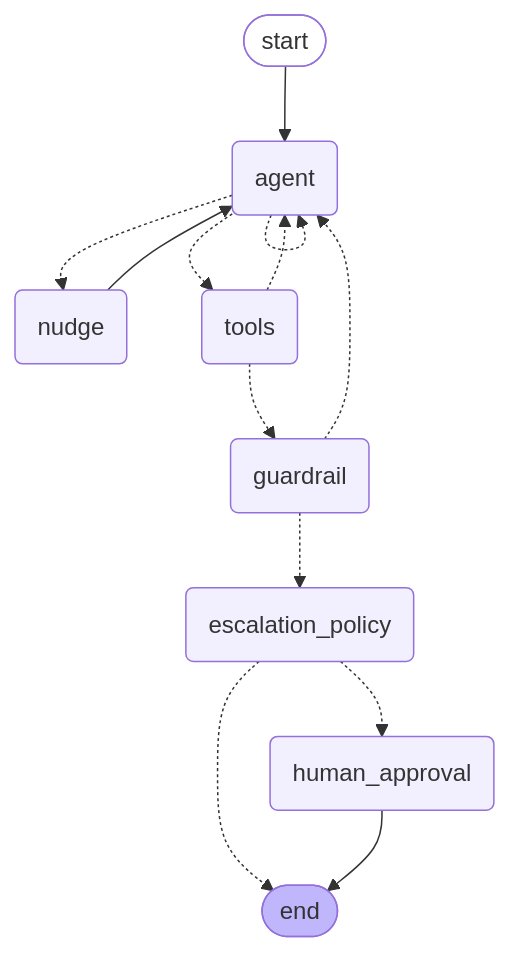
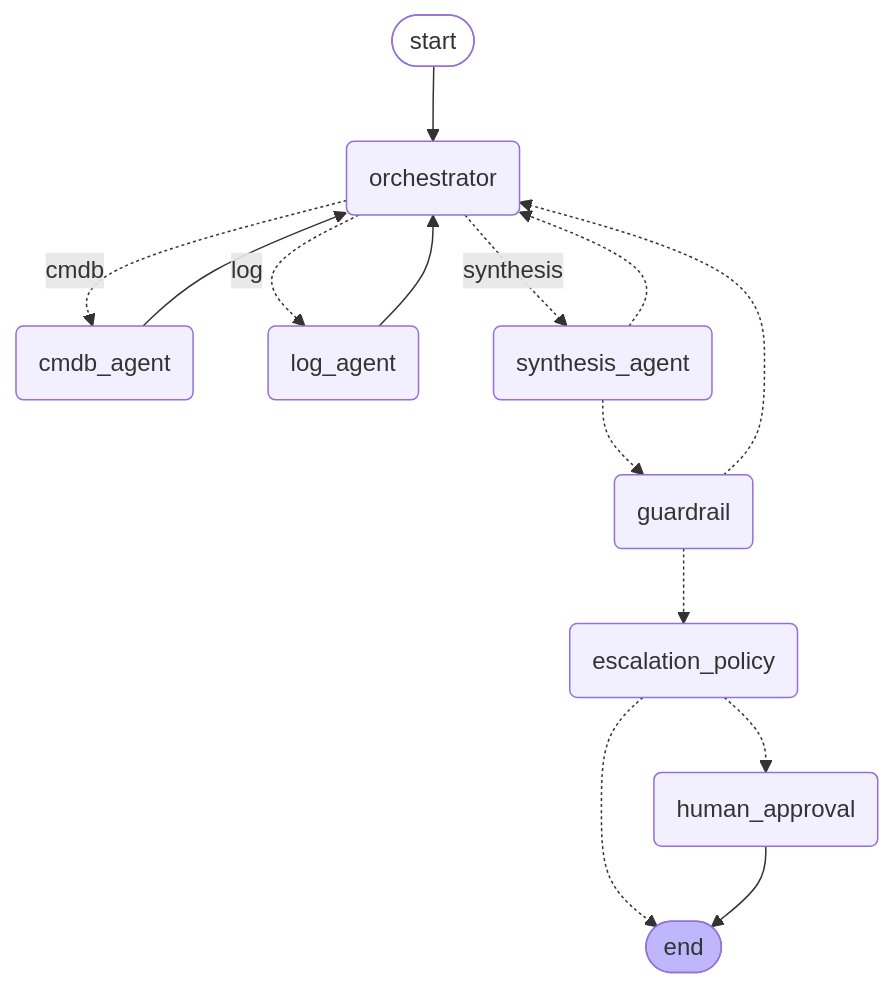
Before and after one commit to biabordos/Rootly: the diagram in README.md, drawn with Mermaid. The commit also changed other lines of this file and 15 other files, not shown here.

First line of the commit message:
feat: multi-agent architecture (orchestrator + CMDB/log/synthesis specialists)

````diff
--- a/README.md
+++ b/README.md
@@ -415,26 +434,28 @@
 ```mermaid
 graph TD;
 	__start__([start]):::first
-	agent(agent)
-	nudge(nudge)
-	tools(tools)
+	orchestrator(orchestrator)
+	cmdb_agent(cmdb_agent)
+	log_agent(log_agent)
+	synthesis_agent(synthesis_agent)
 	guardrail(guardrail)
 	escalation_policy(escalation_policy)
 	human_approval(human_approval)
 	__end__([end]):::last
-	__start__ --> agent;
-	agent -.-> nudge;
-	agent -.-> tools;
+	__start__ --> orchestrator;
+	orchestrator -. cmdb .-> cmdb_agent;
+	orchestrator -. log .-> log_agent;
+	orchestrator -. synthesis .-> synthesis_agent;
+	cmdb_agent --> orchestrator;
+	log_agent --> orchestrator;
+	synthesis_agent -.-> guardrail;
+	synthesis_agent -.-> orchestrator;
+	guardrail -.-> orchestrator;
+	guardrail -.-> escalation_policy;
 	escalation_policy -.-> __end__;
 	escalation_policy -.-> human_approval;
-	guardrail -.-> agent;
-	guardrail -.-> escalation_policy;
-	nudge --> agent;
-	tools -.-> agent;
-	tools -.-> guardrail;
 	human_approval --> __end__;
-	agent -.-> agent;
 	classDef default fill:#f2f0ff,line-height:1.2
 	classDef first fill-opacity:0
 	classDef last fill:#bfb6fc
 ```
````
